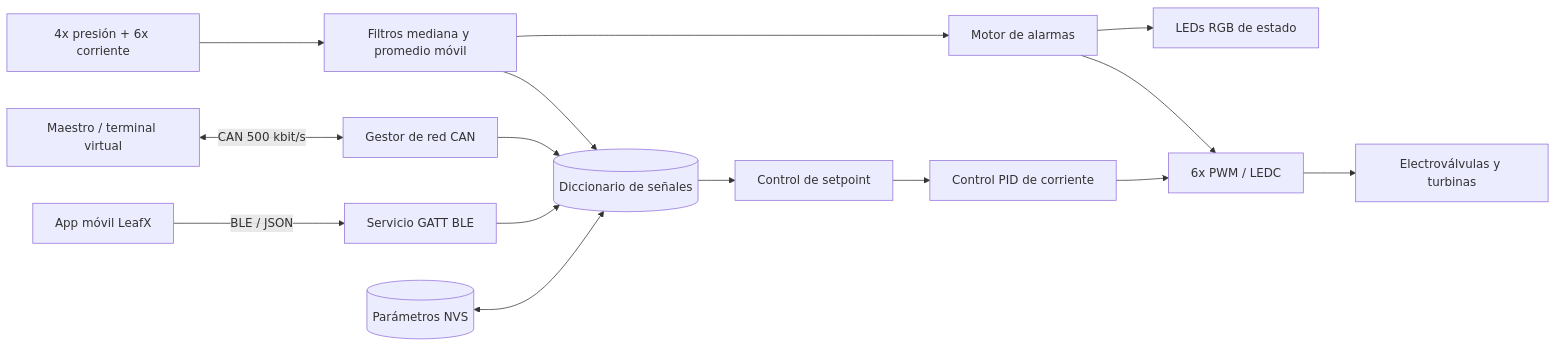
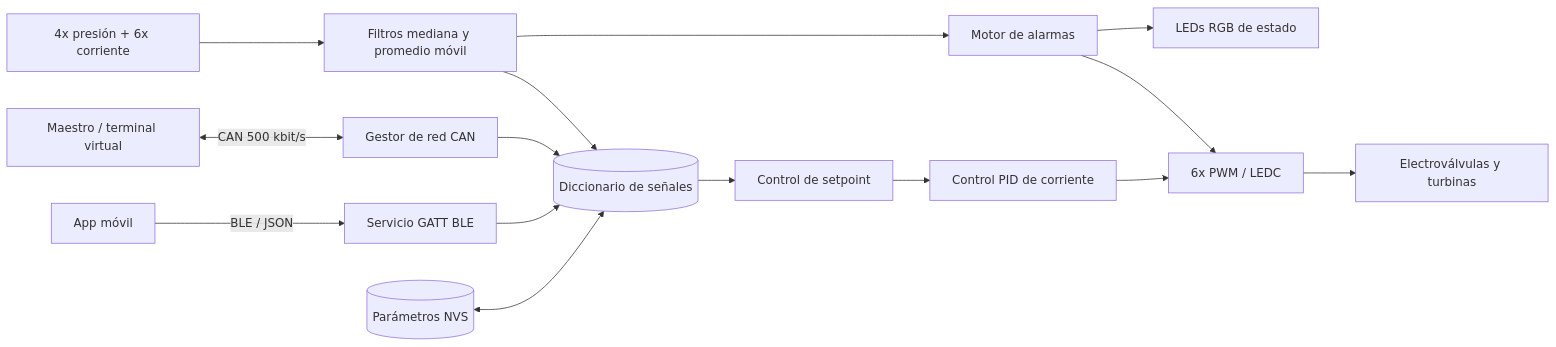
The diagram in README.md (maurop25984/PF_SoilPressureControl), drawn with Mermaid before and after one commit. The commit also changed other lines of this file, not shown here.

Commit message:
Update BLE service description in README.md

````diff
--- a/README.md
+++ b/README.md
@@ -57,17 +57,17 @@
 ```mermaid
 flowchart LR
-    APP[App móvil LeafX] -- BLE / JSON --> BLE[Servicio GATT BLE]
+    APP[App móvil] -- BLE / JSON --> BLE[Servicio GATT BLE]
     VT[Maestro / terminal virtual] <-- CAN 500 kbit/s --> CAN[Gestor de red CAN]
     BLE --> DICT[(Diccionario de señales)]
     CAN --> DICT
     DICT --> SET[Control de setpoint]
     SET --> PID[Control PID de corriente]
     PID --> PWM[6x PWM / LEDC]
     PWM --> ACT[Electroválvulas y turbinas]
     SENS[4x presión + 6x corriente] --> FILT[Filtros mediana y promedio móvil]
     FILT --> DICT
     FILT --> ALM[Motor de alarmas]
     ALM --> PWM
     ALM --> LED[LEDs RGB de estado]
     MEM[(Parámetros NVS)] <--> DICT
 ```
````
